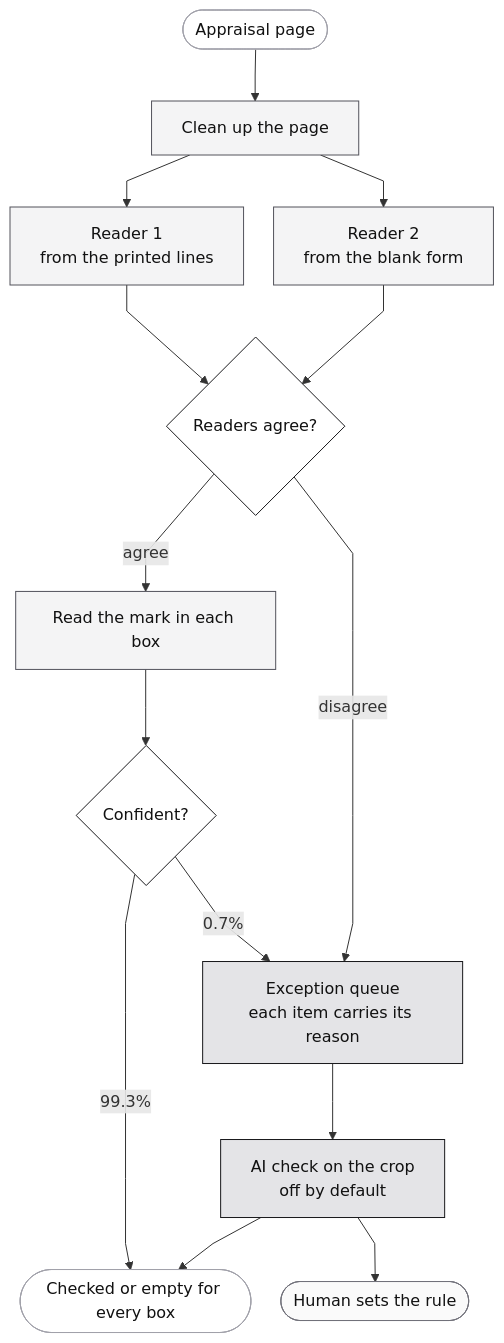
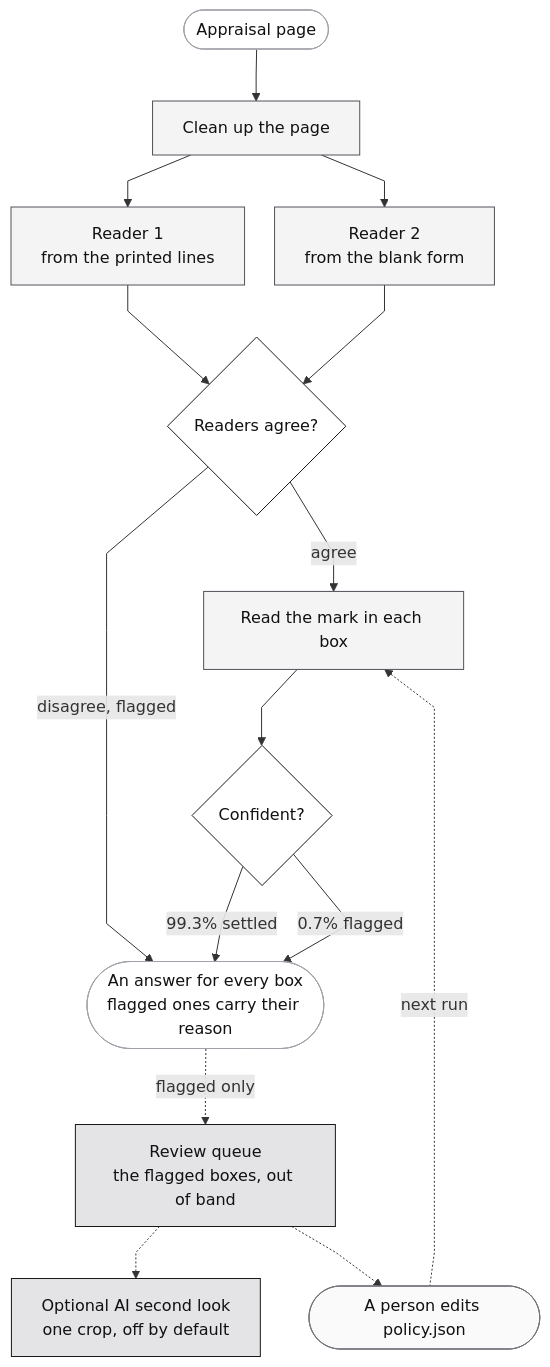
One commit to jameswniu/synthetic-image-recognition-cnn-harness changed the diagram in README.md. Above: the diagram before and after it, drawn with Mermaid. The commit also changed other lines of this file and 1 other file, not shown here.

Commit message:
Draw the flow as fail open, and stop crediting the queue's AI check to the CNN

````diff
--- a/README.md
+++ b/README.md
@@ -74,35 +74,36 @@
 ```mermaid
 %%{init: {"flowchart": {"curve": "linear", "nodeSpacing": 30, "rankSpacing": 52, "useMaxWidth": true}}}%%
 flowchart TB
     IN([Appraisal page]):::io
     N["Clean up the page"]:::det
     W1["Reader 1<br/>from the printed lines"]:::det
     W2["Reader 2<br/>from the blank form"]:::det
     G{"Readers agree?"}:::gate
     S["Read the mark in each box"]:::det
     C{"Confident?"}:::gate
-    Q["Exception queue<br/>each item carries its reason"]:::exc
-    L["AI check on the crop<br/>off by default"]:::exc
-    OUT([Checked or empty for every box]):::io
-    H([Human sets the rule]):::hum
+    OUT([An answer for every box<br/>flagged ones carry their reason]):::io
+    Q["Review queue<br/>the flagged boxes, out of band"]:::exc
+    L["Optional AI second look<br/>one crop, off by default"]:::exc
+    H([A person edits policy.json]):::hum
 
     IN --> N
     N --> W1
     N --> W2
     W1 --> G
     W2 --> G
     G -->|agree| S
-    G -->|disagree| Q
+    G -->|"disagree, flagged"| OUT
     S --> C
-    C -->|"99.3%"| OUT
-    C -->|"0.7%"| Q
-    Q --> L
-    L --> OUT
-    L --> H
+    C -->|"99.3% settled"| OUT
+    C -->|"0.7% flagged"| OUT
+    OUT -.->|flagged only| Q
+    Q -.-> L
+    Q -.-> H
+    H -.->|"next run"| S
 
     classDef io fill:#ffffff,stroke:#a1a1aa,stroke-width:1px,color:#111111
     classDef det fill:#f4f4f5,stroke:#52525b,stroke-width:1px,color:#111111
     classDef gate fill:#ffffff,stroke:#18181b,stroke-width:1px,color:#111111
     classDef exc fill:#e4e4e7,stroke:#18181b,stroke-width:1px,color:#111111
     classDef hum fill:#fafafa,stroke:#71717a,stroke-width:1px,color:#111111
 ```
````
